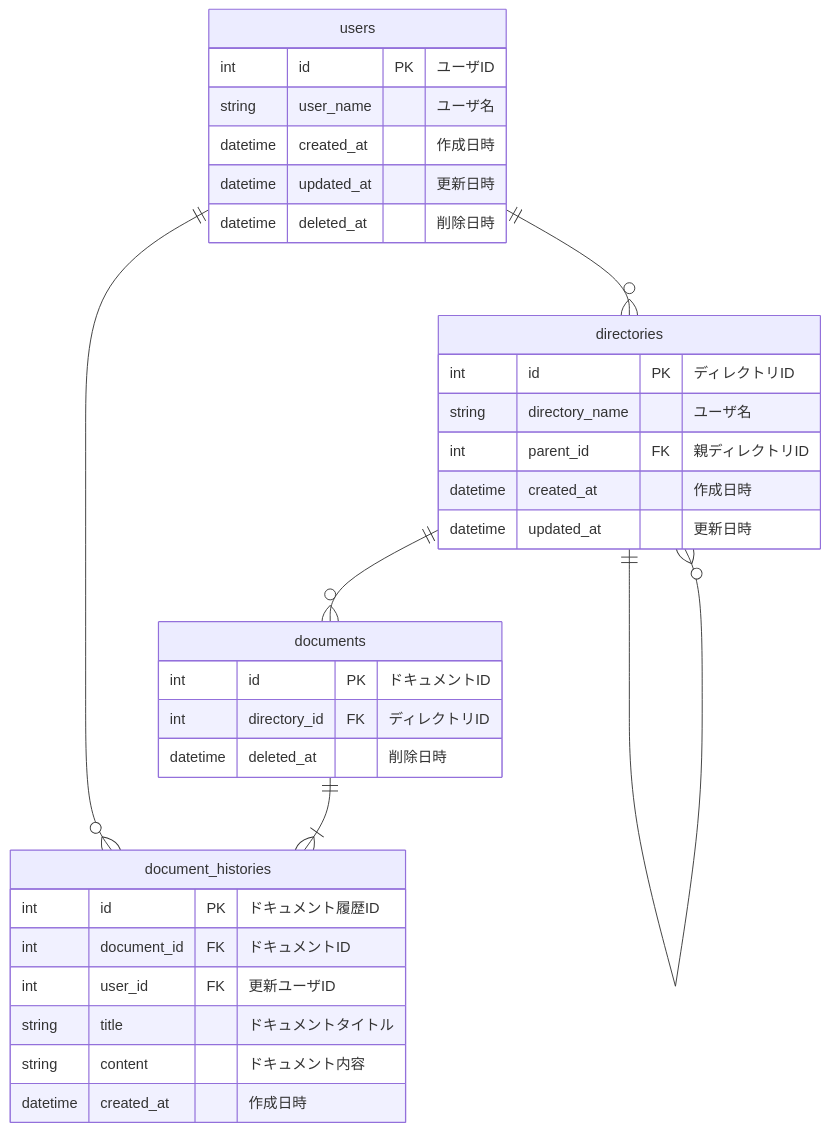
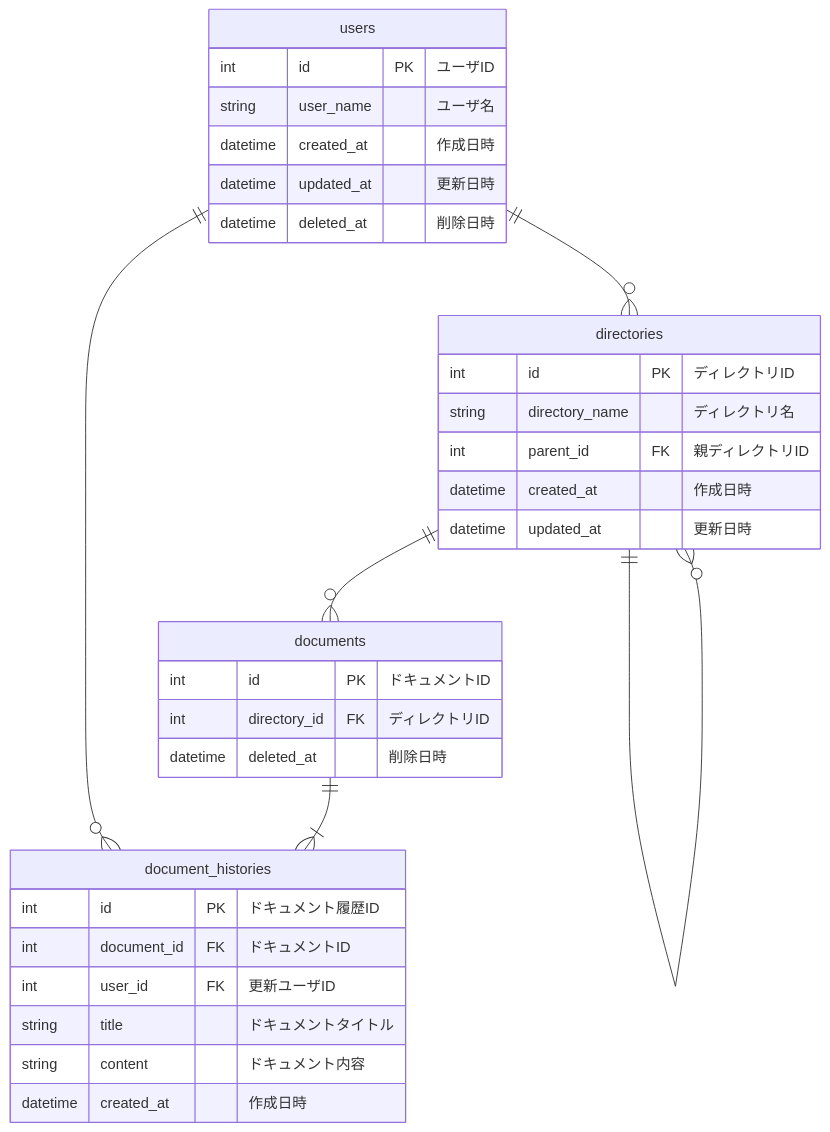
One commit to ssfuno/praha_issues changed the diagram in db_modeling_3/mysql/er.md. Above: the diagram before and after it, drawn with Mermaid.

Commit message:
fix: ER図の誤記修正

````diff
--- a/db_modeling_3/mysql/er.md
+++ b/db_modeling_3/mysql/er.md
@@ -1,39 +1,39 @@
 ```mermaid
 erDiagram
     users ||--o{ document_histories : ""
     users ||--o{ directories : ""
     directories ||--o{ directories : ""
     directories ||--o{ documents : ""
     documents ||--|{ document_histories : ""
 
     users {
         int id PK "ユーザID"
         string user_name "ユーザ名"
         datetime created_at "作成日時"
         datetime updated_at "更新日時"
         datetime deleted_at "削除日時"
     }
 
     directories {
         int id PK "ディレクトリID"
-        string directory_name "ユーザ名"
+        string directory_name "ディレクトリ名"
         int parent_id FK "親ディレクトリID"
         datetime created_at "作成日時"
         datetime updated_at "更新日時"
     }
 
     documents {
         int id PK "ドキュメントID"
         int directory_id FK "ディレクトリID"
         datetime deleted_at "削除日時"
     }
 
     document_histories {
         int id PK "ドキュメント履歴ID"
         int document_id FK "ドキュメントID"
         int user_id FK "更新ユーザID"
         string title "ドキュメントタイトル"
         string content "ドキュメント内容"
         datetime created_at "作成日時"
     }
 ```
````
